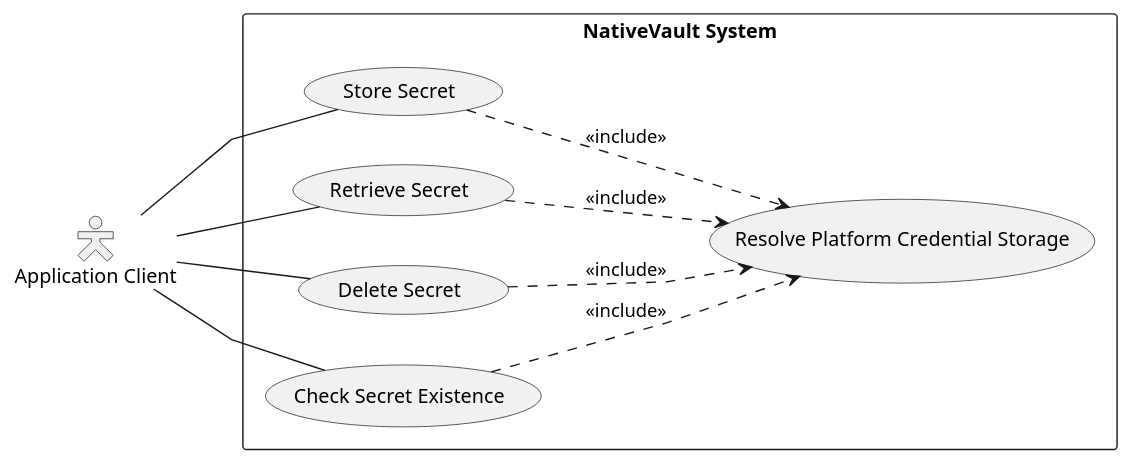
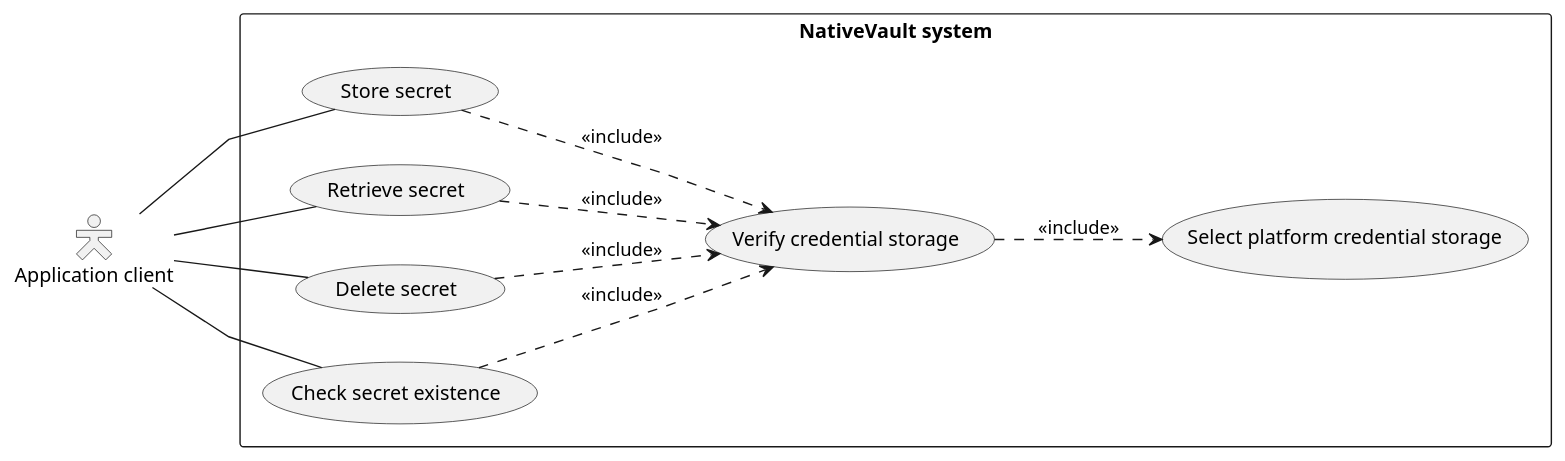
The diagram in .myresources/uml/usecase.puml (Lob2018/native-vault), drawn with PlantUML before and after one commit. The commit also changed 66 other files, not shown here.

Commit message:
♻️ refactor UML: Moved UML diagrams to .myresources/uml

```diff
--- a/.myresources/uml/usecase.puml
+++ b/.myresources/uml/usecase.puml
@@ -1,27 +1,30 @@
 @startuml
 skinparam actorStyle hollow
 skinparam packageStyle rectangle
 skinparam linetype polyline
 
 left to right direction
 
-actor "Application Client" as Client
+actor "Application client" as Client
 
-rectangle "NativeVault System" {
-    usecase "Store Secret" as UC1
-    usecase "Retrieve Secret" as UC2
-    usecase "Delete Secret" as UC3
-    usecase "Check Secret Existence" as UC4
-    usecase "Resolve Platform Credential Storage" as UC5
+rectangle "NativeVault system" {
+    usecase "Store secret" as UC1
+    usecase "Retrieve secret" as UC2
+    usecase "Delete secret" as UC3
+    usecase "Check secret existence" as UC4
+    usecase "Verify credential storage" as UC5
+    usecase "Select platform credential storage" as UC6
 }
 
 Client -- UC1
 Client -- UC2
 Client -- UC3
 Client -- UC4
 
 UC1 ..> UC5 : <<include>>
 UC2 ..> UC5 : <<include>>
 UC3 ..> UC5 : <<include>>
 UC4 ..> UC5 : <<include>>
+
+UC5 ..> UC6 : <<include>>
 @enduml
```
